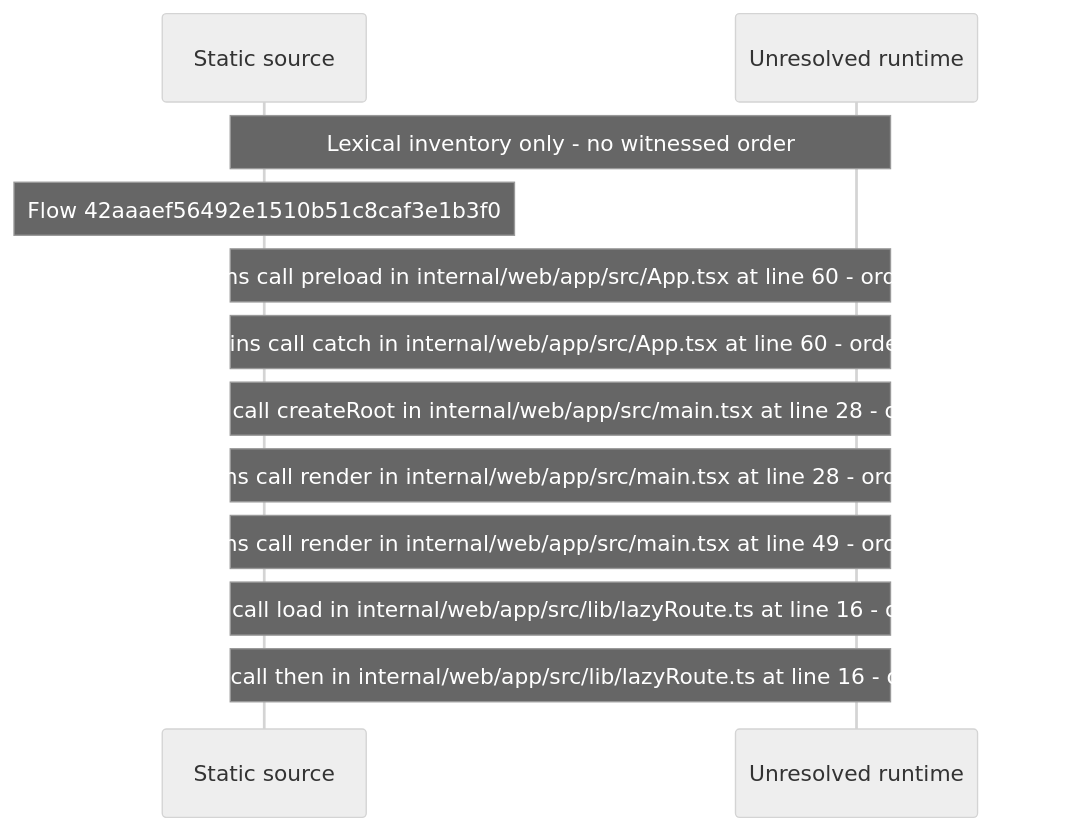
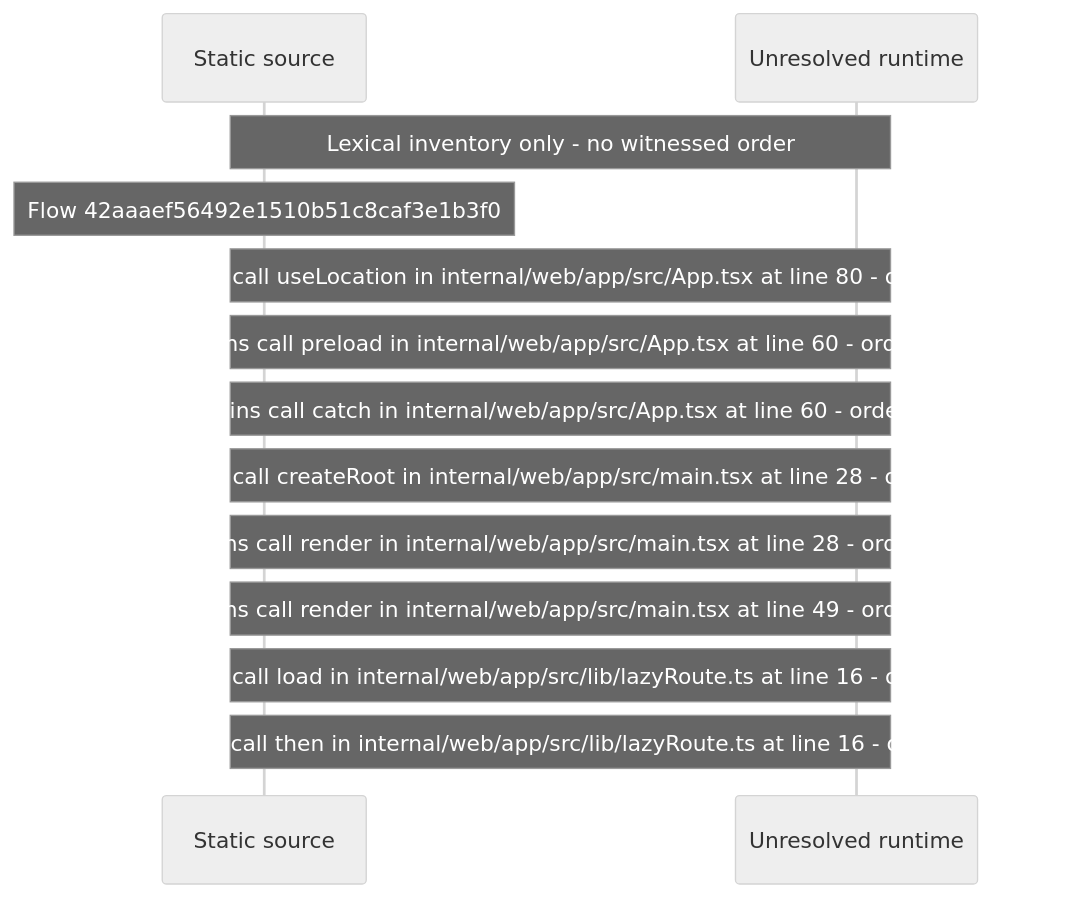
One commit to beamfall/core changed the diagram in docs/web/flows/generated/42aaaef56492e1510b51c8caf3e1b3f0/flow-diagram.md. Above: the diagram before and after it, drawn with Mermaid (neutral theme). The commit also changed other lines of this file and 699 other files, not shown here.

Commit message:
Regenerate the web flow record with flow generator version 5

````diff
--- a/docs/web/flows/generated/42aaaef56492e1510b51c8caf3e1b3f0/flow-diagram.md
+++ b/docs/web/flows/generated/42aaaef56492e1510b51c8caf3e1b3f0/flow-diagram.md
@@ -10,14 +10,15 @@
 ```mermaid
 sequenceDiagram
     participant S as Static source
     participant U as Unresolved runtime
     Note over S,U: Lexical inventory only - no witnessed order
     Note over S: Flow 42aaaef56492e1510b51c8caf3e1b3f0
+    Note over S,U: Source contains call useLocation in internal/web/app/src/App.tsx at line 80 - order unresolved
     Note over S,U: Source contains call preload in internal/web/app/src/App.tsx at line 60 - order unresolved
     Note over S,U: Source contains call catch in internal/web/app/src/App.tsx at line 60 - order unresolved
     Note over S,U: Source contains call createRoot in internal/web/app/src/main.tsx at line 28 - order unresolved
     Note over S,U: Source contains call render in internal/web/app/src/main.tsx at line 28 - order unresolved
     Note over S,U: Source contains call render in internal/web/app/src/main.tsx at line 49 - order unresolved
     Note over S,U: Source contains call load in internal/web/app/src/lib/lazyRoute.ts at line 16 - order unresolved
     Note over S,U: Source contains call then in internal/web/app/src/lib/lazyRoute.ts at line 16 - order unresolved
 ```
````
